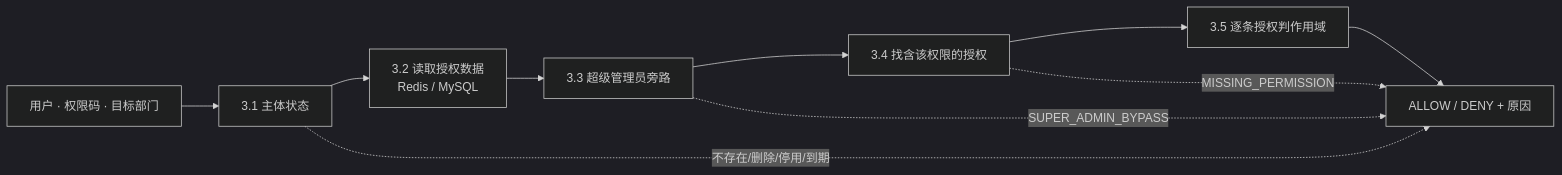
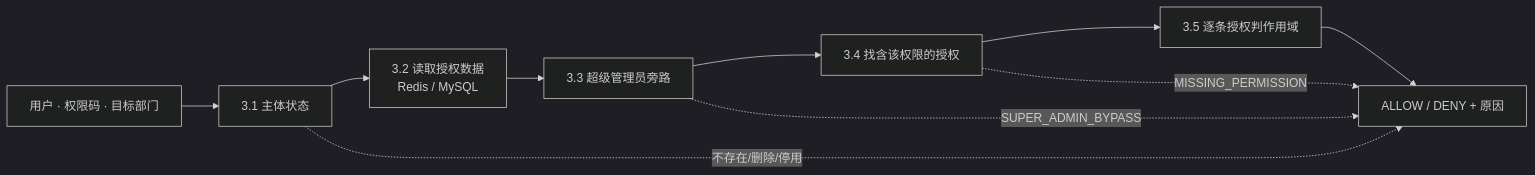
The third of 4 diagrams in docs/02-architecture.md (vintcessun/OOAD), drawn with Mermaid (dark theme) before and after one commit. The commit also changed other lines of this file and 38 other files, not shown here.

````diff
--- a/docs/02-architecture.md
+++ b/docs/02-architecture.md
@@ -214,12 +214,12 @@
 ```mermaid
 flowchart LR
     IN[用户 · 权限码 · 目标部门] --> S1[3.1 主体状态]
     S1 --> S2[3.2 读取授权数据<br/>Redis / MySQL]
     S2 --> S3[3.3 超级管理员旁路]
     S3 --> S4[3.4 找含该权限的授权]
     S4 --> S5[3.5 逐条授权判作用域]
     S5 --> OUT[ALLOW / DENY + 原因]
-    S1 -.不存在/删除/停用/到期.-> OUT
+    S1 -.不存在/删除/停用.-> OUT
     S3 -.SUPER_ADMIN_BYPASS.-> OUT
     S4 -.MISSING_PERMISSION.-> OUT
 ```
````
